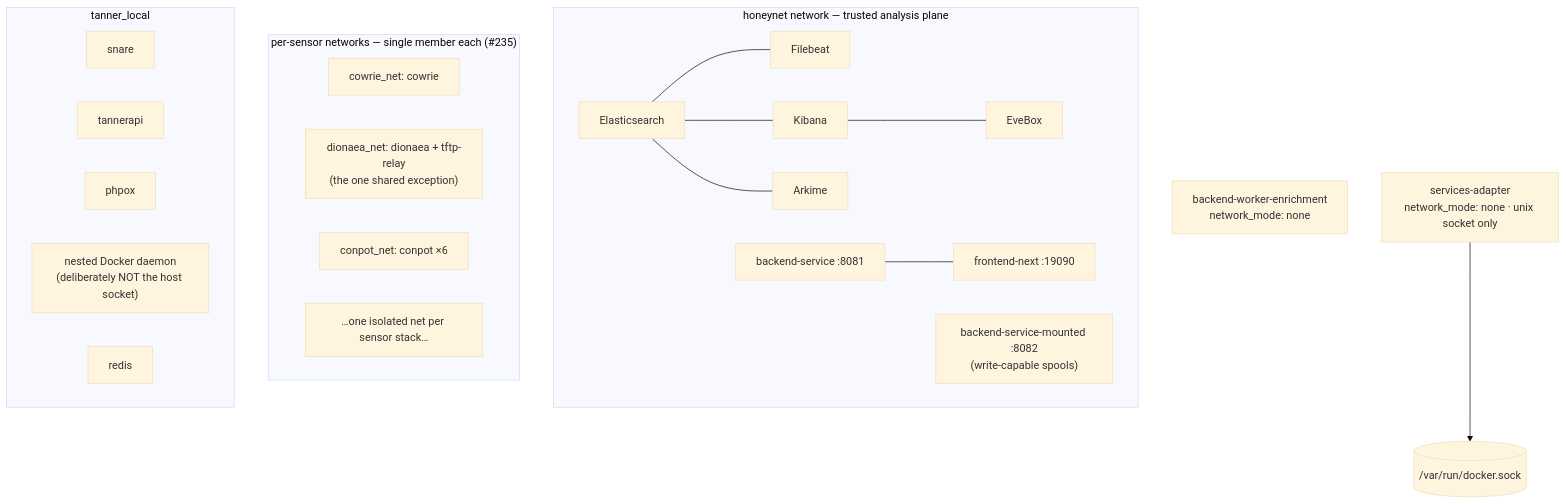
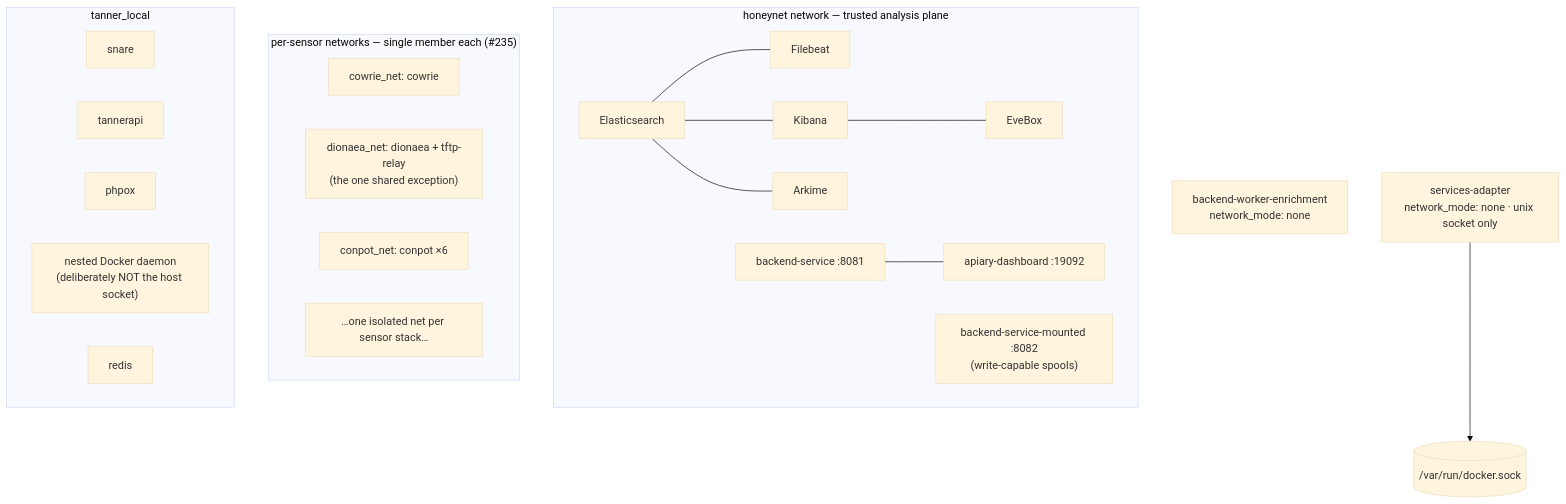
One commit to Xore-Inc/APIARY changed the second of 2 diagrams in docs/NETWORK.md. Above: the diagram before and after it, drawn with Mermaid (base theme). The commit also changed 276 other files, not shown here.

First line of the commit message:
chore: remove the legacy frontend-next dashboard (#3749) (#3752)

````diff
--- a/docs/NETWORK.md
+++ b/docs/NETWORK.md
@@ -94,26 +94,26 @@
 ```mermaid
 flowchart TB
   subgraph honeynet["honeynet network — trusted analysis plane"]
     es["Elasticsearch"] --- fb["Filebeat"]
     es --- kb["Kibana"] --- ev["EveBox"]
     es --- ark["Arkime"]
-    bs["backend-service :8081"] --- fe["frontend-next :19090"]
+    bs["backend-service :8081"] --- fe["apiary-dashboard :19092"]
     bs2["backend-service-mounted :8082<br/>(write-capable spools)"]
   end
 
   subgraph sensorNets["per-sensor networks — single member each (#235)"]
     n1["cowrie_net: cowrie"]
     n2["dionaea_net: dionaea + tftp-relay<br/>(the one shared exception)"]
     n3["conpot_net: conpot ×6"]
     n4["…one isolated net per sensor stack…"]
   end
 
   subgraph tannerNet["tanner_local"]
     snare & tannerapi & phpox & nestedDocker["nested Docker daemon<br/>(deliberately NOT the host socket)"] & redis
   end
 
   networkless["backend-worker-enrichment<br/>network_mode: none"]
   adapter["services-adapter<br/>network_mode: none · unix socket only"]
   docksock[("/var/run/docker.sock")]
   adapter --> docksock
 ```
````
